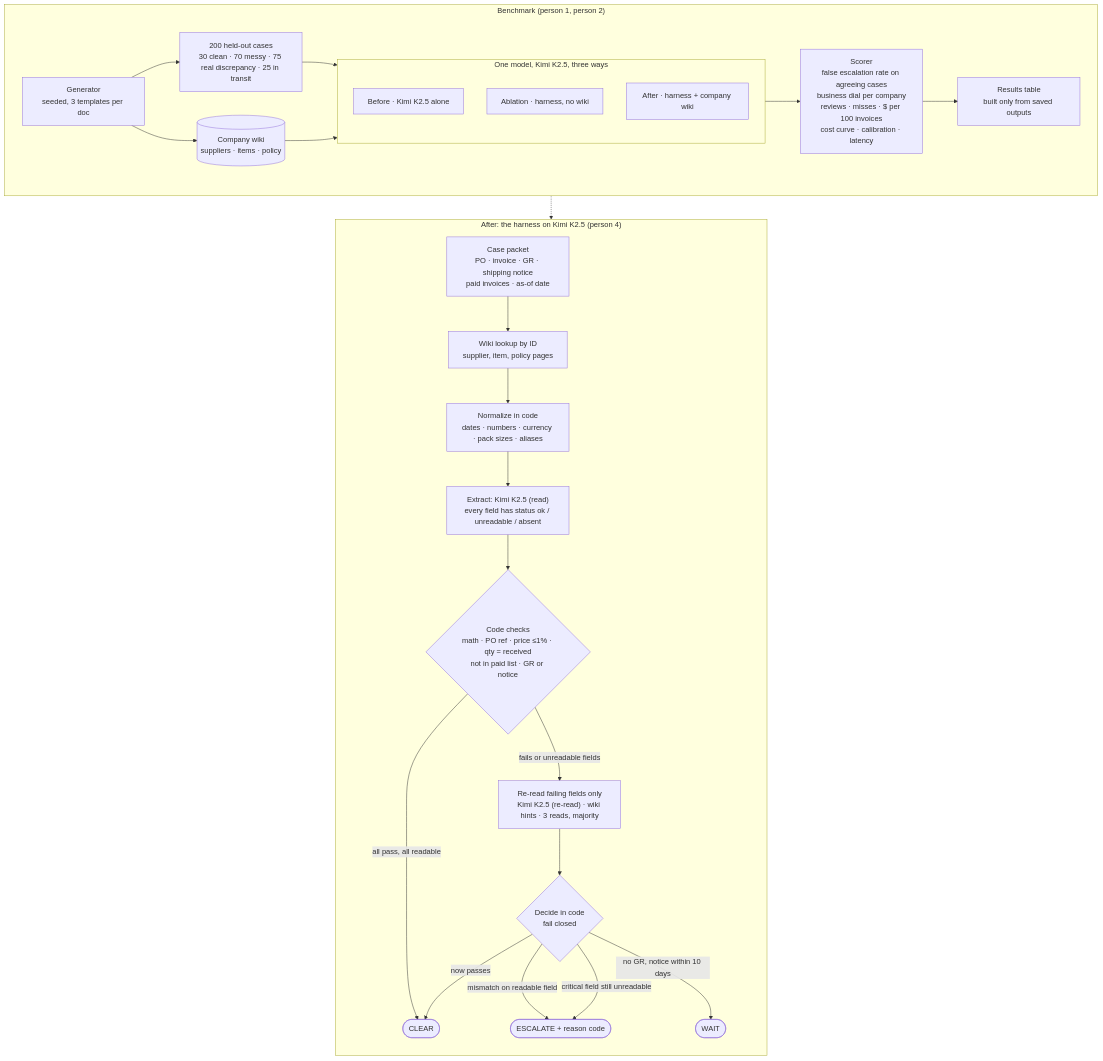
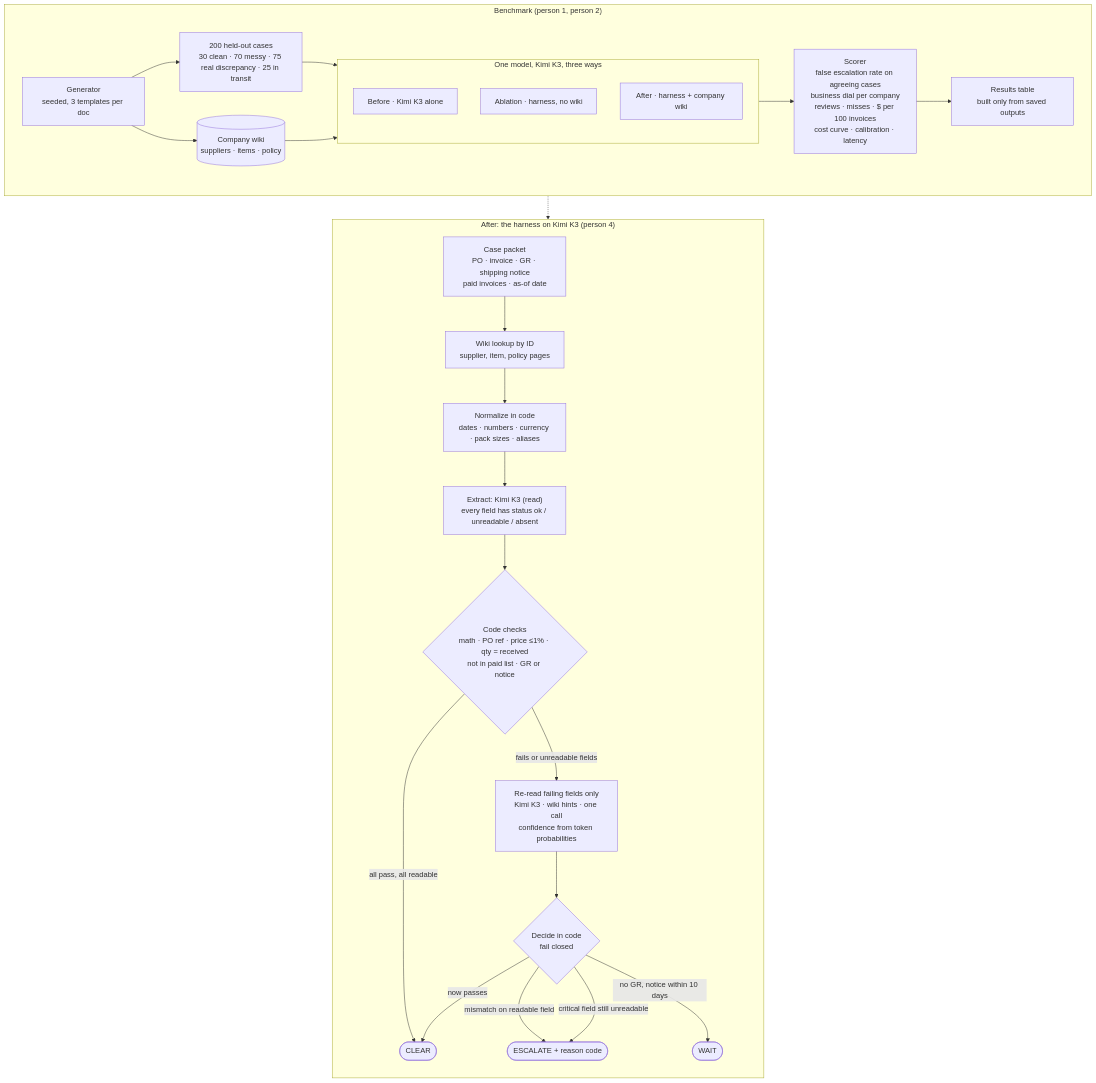
Before and after one commit to pakbaz/fireworks-ai-buildathon: the diagram in docs/plan.md, drawn with Mermaid. The commit also changed other lines of this file and 1 other file, not shown here.

First line of the commit message:
Plan only what works: Kimi K3, verified features, optimized calls

````diff
--- a/docs/plan.md
+++ b/docs/plan.md
@@ -9,35 +9,35 @@
 ```mermaid
 flowchart TB
     subgraph BENCH["Benchmark (person 1, person 2)"]
         direction LR
         GEN["Generator<br/>seeded, 3 templates per doc"] --> CASES["200 held-out cases<br/>30 clean · 70 messy · 75 real discrepancy · 25 in transit"]
         GEN --> WIKI[("Company wiki<br/>suppliers · items · policy")]
         CASES --> ARMS
         WIKI --> ARMS
-        subgraph ARMS["One model, Kimi K2.5, three ways"]
+        subgraph ARMS["One model, Kimi K3, three ways"]
             direction TB
-            A1["Before · Kimi K2.5 alone"]
+            A1["Before · Kimi K3 alone"]
             A2["Ablation · harness, no wiki"]
             A3["After · harness + company wiki"]
         end
         ARMS --> SCORE["Scorer<br/>false escalation rate on agreeing cases<br/>business dial per company<br/>reviews · misses · $ per 100 invoices<br/>cost curve · calibration · latency"]
         SCORE --> TABLE["Results table<br/>built only from saved outputs"]
     end
 
-    subgraph HARNESS["After: the harness on Kimi K2.5 (person 4)"]
+    subgraph HARNESS["After: the harness on Kimi K3 (person 4)"]
         direction TB
         PKT["Case packet<br/>PO · invoice · GR · shipping notice<br/>paid invoices · as-of date"] --> LOOK["Wiki lookup by ID<br/>supplier, item, policy pages"]
         LOOK --> NORM["Normalize in code<br/>dates · numbers · currency · pack sizes · aliases"]
-        NORM --> EXT["Extract: Kimi K2.5 (read)<br/>every field has status ok / unreadable / absent"]
+        NORM --> EXT["Extract: Kimi K3 (read)<br/>every field has status ok / unreadable / absent"]
         EXT --> CHK{"Code checks<br/>math · PO ref · price ≤1% · qty = received<br/>not in paid list · GR or notice"}
         CHK -- "all pass, all readable" --> CLEAR([CLEAR])
-        CHK -- "fails or unreadable fields" --> RR["Re-read failing fields only<br/>Kimi K2.5 (re-read) · wiki hints · 3 reads, majority"]
+        CHK -- "fails or unreadable fields" --> RR["Re-read failing fields only<br/>Kimi K3 · wiki hints · one call<br/>confidence from token probabilities"]
         RR --> DEC{"Decide in code<br/>fail closed"}
         DEC -- "now passes" --> CLEAR
         DEC -- "mismatch on readable field" --> ESC([ESCALATE + reason code])
         DEC -- "critical field still unreadable" --> ESC
         DEC -- "no GR, notice within 10 days" --> WAIT([WAIT])
     end
 
     A3 -.-> PKT
 ```
````
